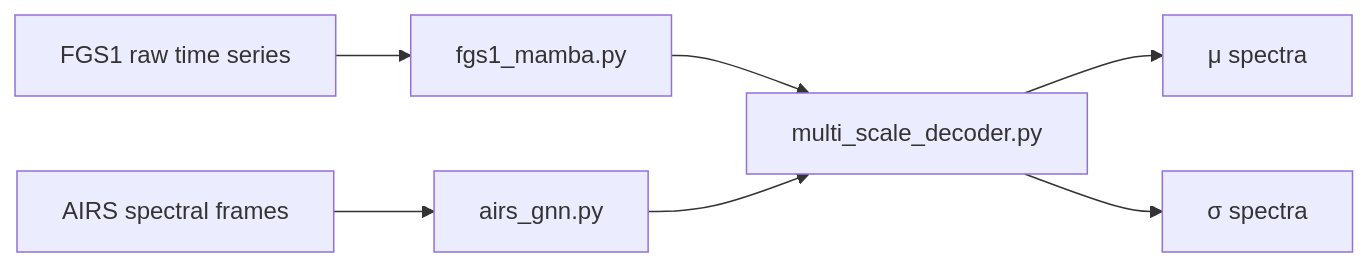
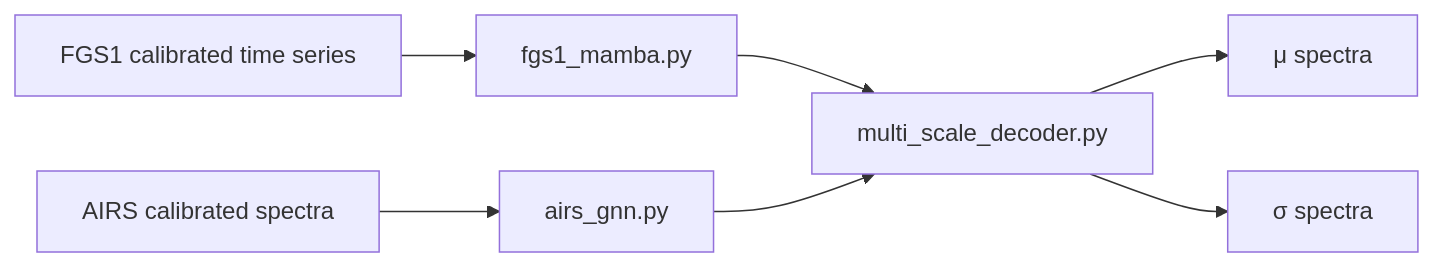
One commit to bartytime4life/ArielSensorArray changed the diagram in src/models/README.md. Above: the diagram before and after it, drawn with Mermaid. The commit also changed other lines of this file, not shown here.

`````diff
--- a/src/models/README.md
+++ b/src/models/README.md
@@ -44,9 +55,9 @@
 ```mermaid
 flowchart LR
-  FGS1[FGS1 raw time series] --> ENC1[fgs1_mamba.py]
-  AIRS[AIRS spectral frames] --> ENC2[airs_gnn.py]
+  FGS1[FGS1 calibrated time series] --> ENC1[fgs1_mamba.py]
+  AIRS[AIRS calibrated spectra] --> ENC2[airs_gnn.py]
   ENC1 --> DEC[multi_scale_decoder.py]
   ENC2 --> DEC
   DEC --> MU[μ spectra]
   DEC --> SIG[σ spectra]
 ````
`````
